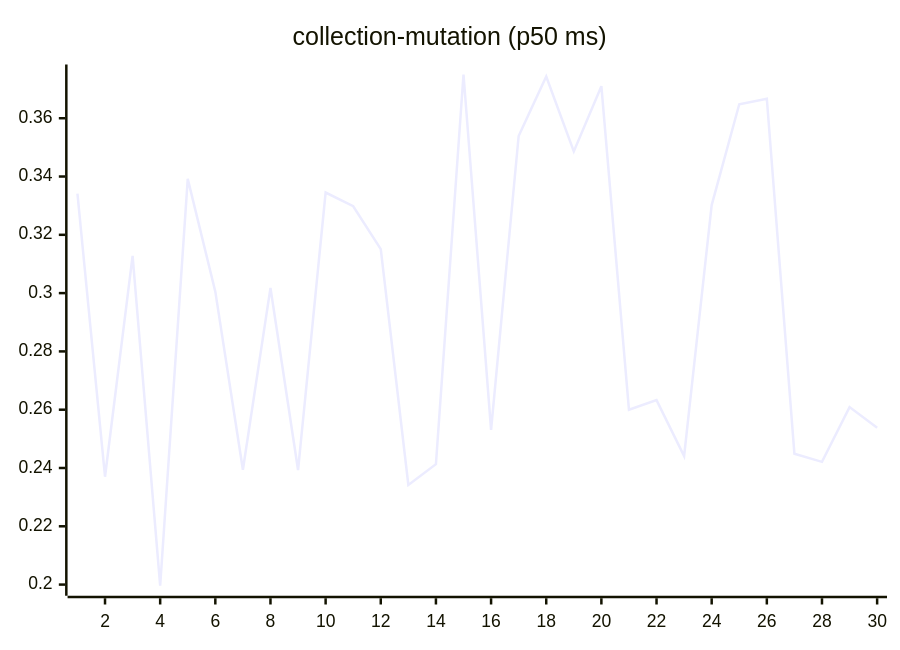
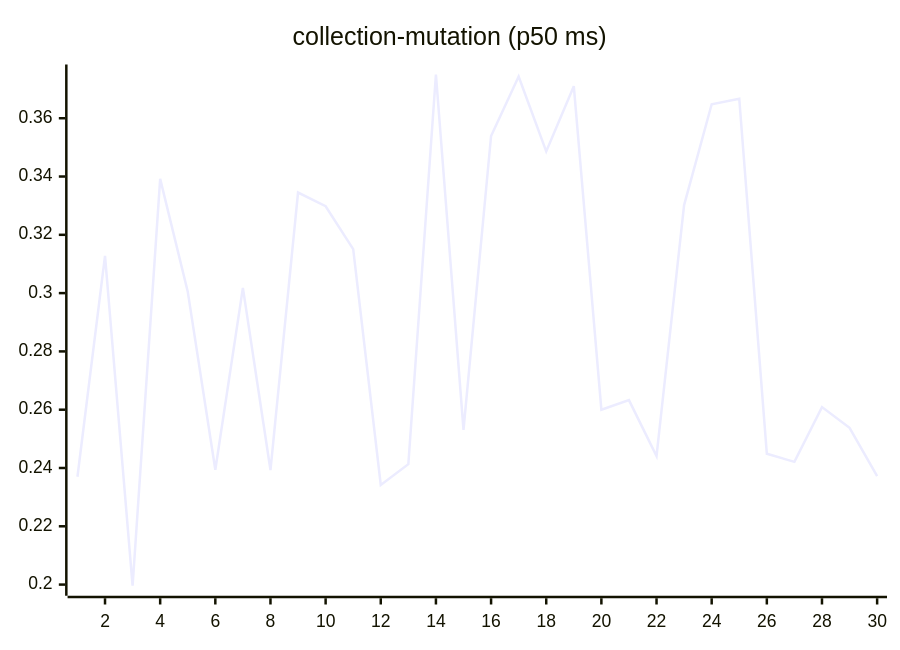
One commit to josha/Facet changed the sixth of 27 diagrams in README.md. Above: the diagram before and after it, drawn with Mermaid. The commit also changed other lines of this file and 2 other files, not shown here.

````diff
--- a/README.md
+++ b/README.md
@@ -98,6 +98,6 @@
 ```mermaid
 xychart-beta
     title "collection-mutation (p50 ms)"
     x-axis 1 --> 30
-    line [0.3341, 0.2370, 0.3128, 0.1996, 0.3392, 0.3005, 0.2394, 0.3018, 0.2393, 0.3345, 0.3298, 0.3151, 0.2342, 0.2413, 0.3750, 0.2531, 0.3539, 0.3743, 0.3486, 0.3710, 0.2600, 0.2633, 0.2441, 0.3302, 0.3648, 0.3667, 0.2449, 0.2421, 0.2609, 0.2538]
+    line [0.2370, 0.3128, 0.1996, 0.3392, 0.3005, 0.2394, 0.3018, 0.2393, 0.3345, 0.3298, 0.3151, 0.2342, 0.2413, 0.3750, 0.2531, 0.3539, 0.3743, 0.3486, 0.3710, 0.2600, 0.2633, 0.2441, 0.3302, 0.3648, 0.3667, 0.2449, 0.2421, 0.2609, 0.2538, 0.2372]
 ```
````
